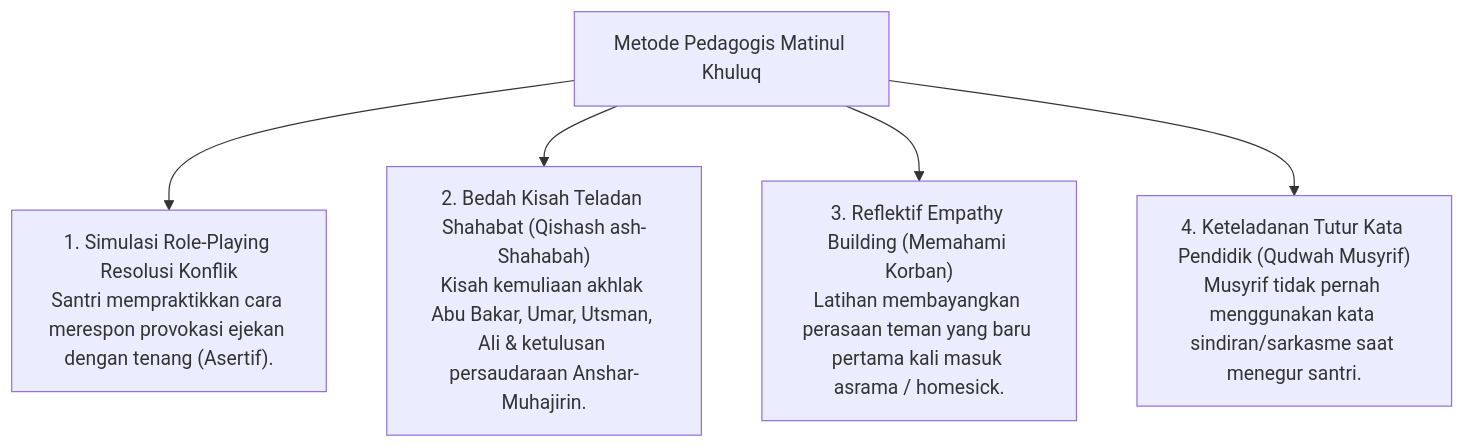
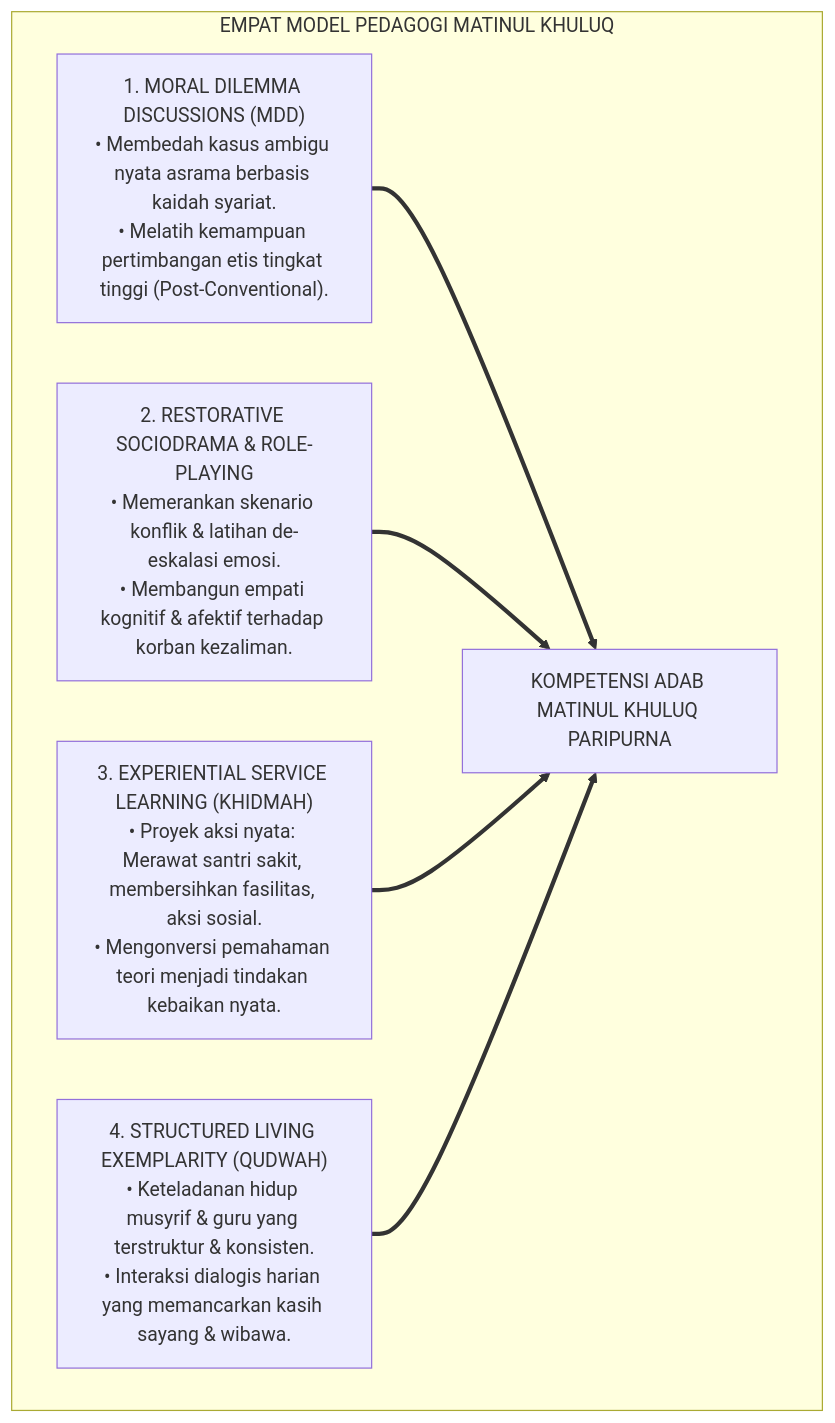
Before and after one commit to wandiapriliyandi/tumbuh: the sixth of 6 diagrams in 03 Capacity Framework/06 Matinul Khuluq/P3-06-12-Metode-Pedagogi-dan-Didaktik-Akhlak.md, drawn with Mermaid. The commit also changed other lines of this file and 14 other files, not shown here.

Commit message:
docs(03-capacity): complete 15 research monographs for 06 Matinul Khuluq

````diff
--- a/03 Capacity Framework/06 Matinul Khuluq/P3-06-12-Metode-Pedagogi-dan-Didaktik-Akhlak.md
+++ b/03 Capacity Framework/06 Matinul Khuluq/P3-06-12-Metode-Pedagogi-dan-Didaktik-Akhlak.md
@@ -10,9 +167,14 @@
 ```mermaid
-graph TD
-    Metode["Metode Pedagogis Matinul Khuluq"]
-    
-    Metode --> M1["1. Simulasi Role-Playing Resolusi Konflik<br/>Santri mempraktikkan cara merespon provokasi ejekan dengan tenang (Asertif)."]
-    Metode --> M2["2. Bedah Kisah Teladan Shahabat (Qishash ash-Shahabah)<br/>Kisah kemuliaan akhlak Abu Bakar, Umar, Utsman, Ali & ketulusan persaudaraan Anshar-Muhajirin."]
-    Metode --> M3["3. Reflektif Empathy Building (Memahami Korban)<br/>Latihan membayangkan perasaan teman yang baru pertama kali masuk asrama / homesick."]
-    Metode --> M4["4. Keteladanan Tutur Kata Pendidik (Qudwah Musyrif)<br/>Musyrif tidak pernah menggunakan kata sindiran/sarkasme saat menegur santri."]
+flowchart TD
+    subgraph EmpatModelPedagogiAdab["EMPAT MODEL PEDAGOGI MATINUL KHULUQ"]
+        M1["1. MORAL DILEMMA DISCUSSIONS (MDD)<br/>• Membedah kasus ambigu nyata asrama berbasis kaidah syariat.<br/>• Melatih kemampuan pertimbangan etis tingkat tinggi (Post-Conventional)."]
+        
+        M2["2. RESTORATIVE SOCIODRAMA & ROLE-PLAYING<br/>• Memerankan skenario konflik & latihan de-eskalasi emosi.<br/>• Membangun empati kognitif & afektif terhadap korban kezaliman."]
+        
+        M3["3. EXPERIENTIAL SERVICE LEARNING (KHIDMAH)<br/>• Proyek aksi nyata: Merawat santri sakit, membersihkan fasilitas, aksi sosial.<br/>• Mengonversi pemahaman teori menjadi tindakan kebaikan nyata."]
+        
+        M4["4. STRUCTURED LIVING EXEMPLARITY (QUDWAH)<br/>• Keteladanan hidup musyrif & guru yang terstruktur & konsisten.<br/>• Interaksi dialogis harian yang memancarkan kasih sayang & wibawa."]
+        
+        M1 & M2 & M3 & M4 ==> Puncak["KOMPETENSI ADAB MATINUL KHULUQ PARIPURNA"]
+    end
 ```
````
